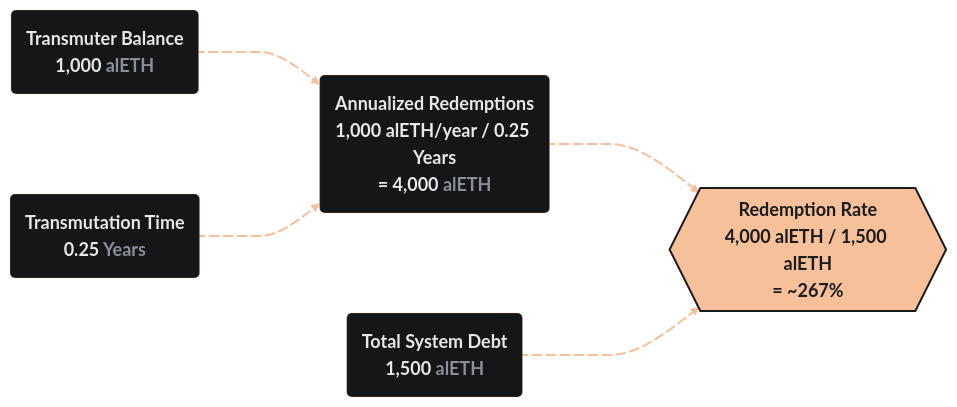
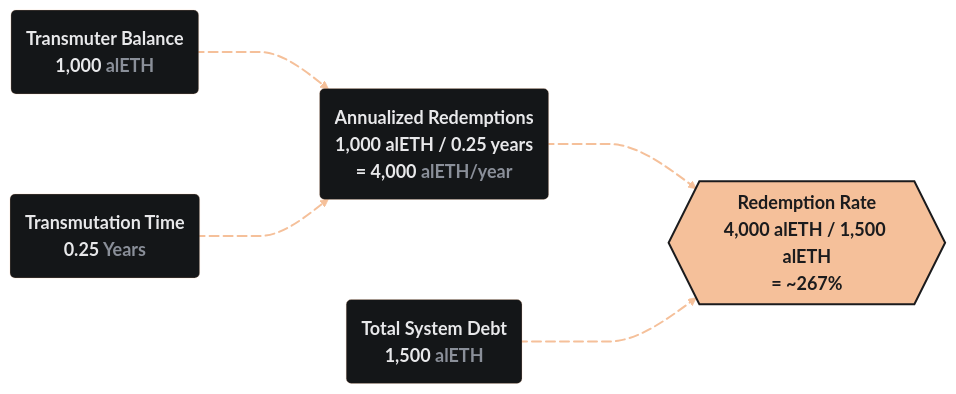
The second of 3 diagrams in docs/user/concepts/redemption-rate.md (alchemix-finance/alchemix-v3-docs), drawn with Mermaid before and after one commit. The commit also changed other lines of this file and 37 other files, not shown here.

````diff
--- a/docs/user/concepts/redemption-rate.md
+++ b/docs/user/concepts/redemption-rate.md
@@ -90,42 +90,42 @@
 ```mermaid
 %%{init: {
   'theme': 'base',
   'themeVariables': {
     'fontFamily': 'Montserrat',
     'primaryColor': '#141618',
     'primaryBorderColor': 'rgba(245,192,154,0.25)',
     'primaryTextColor': '#e8e8ea',
     'lineColor': '#f5c09a',
     'edgeLabelBackground': '#0d0e10',
     'tertiaryColor': '#141618',
     'fontSize': '18px'
   },
   'flowchart': {
     'curve': 'monotoneX',
     'nodeSpacing': 100,
     'rankSpacing': 120
   }
 }}%%
 flowchart LR
     classDef default font-weight:bold;
     %% Nodes
     A(Transmuter Balance<br/><b>1,000 <span style='color:#8a8f99'>alETH</span></b>)
     B(Transmutation Time<br/><b>0.25 <span style='color:#8a8f99'>Years</span></b>)
     C(Total System Debt<br/><b>1,500 <span style='color:#8a8f99'>alETH</span></b>)
-    D(<b>Annualized Redemptions</b><br/>1,000 alETH/year / 0.25 Years<br/>= <b>4,000 <span style='color:#8a8f99'>alETH</span></b>)
+    D(<b>Annualized Redemptions</b><br/>1,000 alETH / 0.25 years<br/>= <b>4,000 <span style='color:#8a8f99'>alETH/year</span></b>)
     E{{<b>Redemption Rate</b><br/>4,000 alETH / 1,500 alETH<br/>= <b>~267%</b>}}
 
     %% Logic
     A e1@--> D
     B e2@--> D
     D e3@==> E
     C e4@--> E
 
     %% Styling / Ani
     style E fill:#f5c09a,stroke:#1b1b1d,stroke-width:2px,color:#1b1b1d
     linkStyle 0,1,2,3 stroke:#f5c09a,stroke-width:2px
     e1@{ animation: slow }
     e2@{ animation: slow }
     e3@{ animation: fast }
     e4@{ animation: slow }
 ```
````
